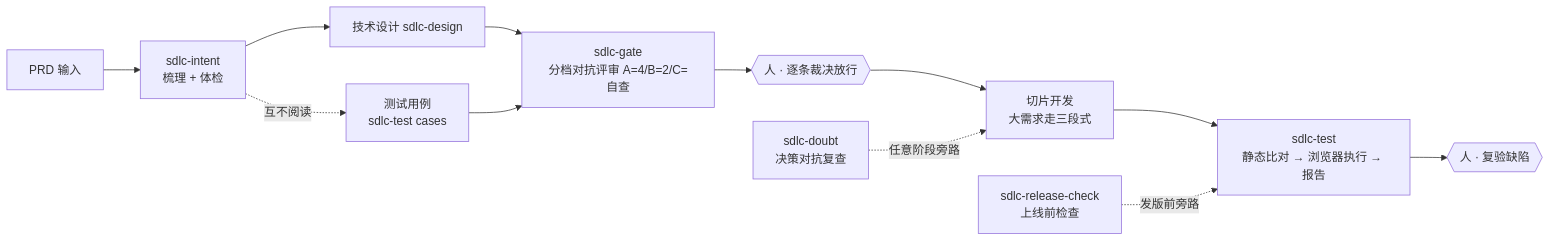
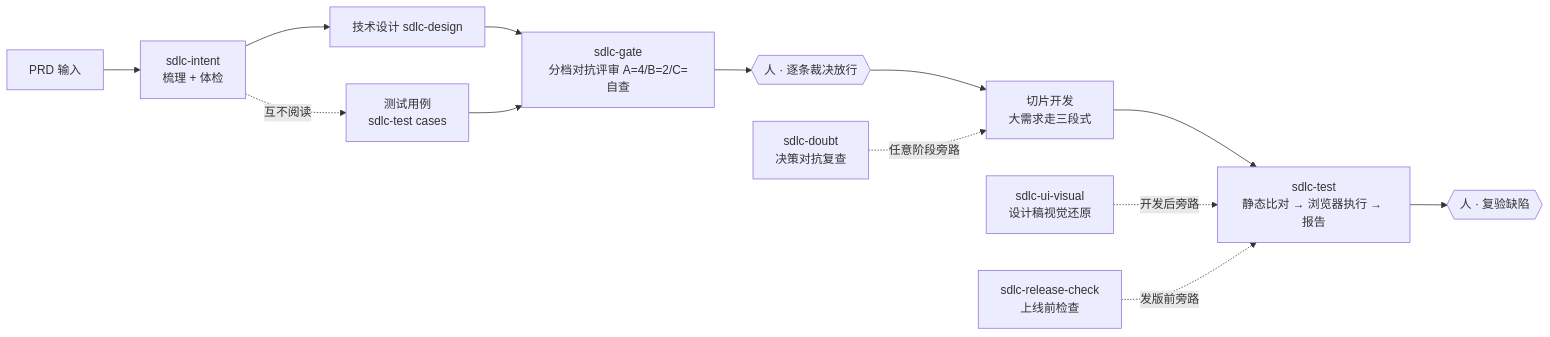
Before and after one commit to TsCarpe/claude-sdlc-skills: the diagram in README.md, drawn with Mermaid. The commit also changed other lines of this file and 21 other files, not shown here.

First line of the commit message:
feat：新增第 9 个 skill sdlc-ui-visual——设计稿视觉还原闭环

````diff
--- a/README.md
+++ b/README.md
@@ -27,14 +27,15 @@
 ```mermaid
 flowchart LR
     A[PRD 输入] --> B[sdlc-intent<br/>梳理 + 体检]
     B --> C1[技术设计 sdlc-design]
     B -.互不阅读.-> C2[测试用例<br/>sdlc-test cases]
     C1 --> D[sdlc-gate<br/>分档对抗评审 A=4/B=2/C=自查]
     C2 --> D
     D --> E{{人 · 逐条裁决放行}}
     E --> F[切片开发<br/>大需求走三段式]
     F --> G[sdlc-test<br/>静态比对 → 浏览器执行 → 报告]
     G --> H{{人 · 复验缺陷}}
     DB[sdlc-doubt<br/>决策对抗复查] -. 任意阶段旁路 .-> F
+    UV[sdlc-ui-visual<br/>设计稿视觉还原] -. 开发后旁路 .-> G
     CR[sdlc-release-check<br/>上线前检查] -. 发版前旁路 .-> G
 ```
````
